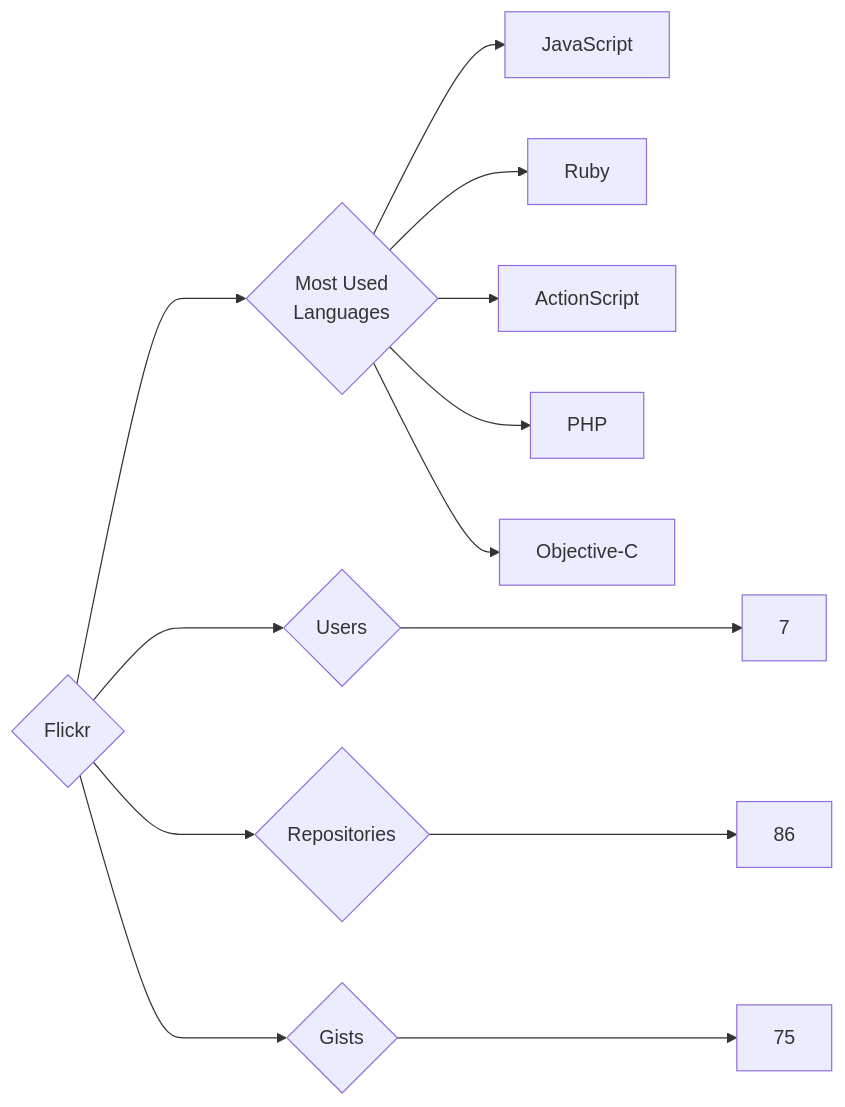
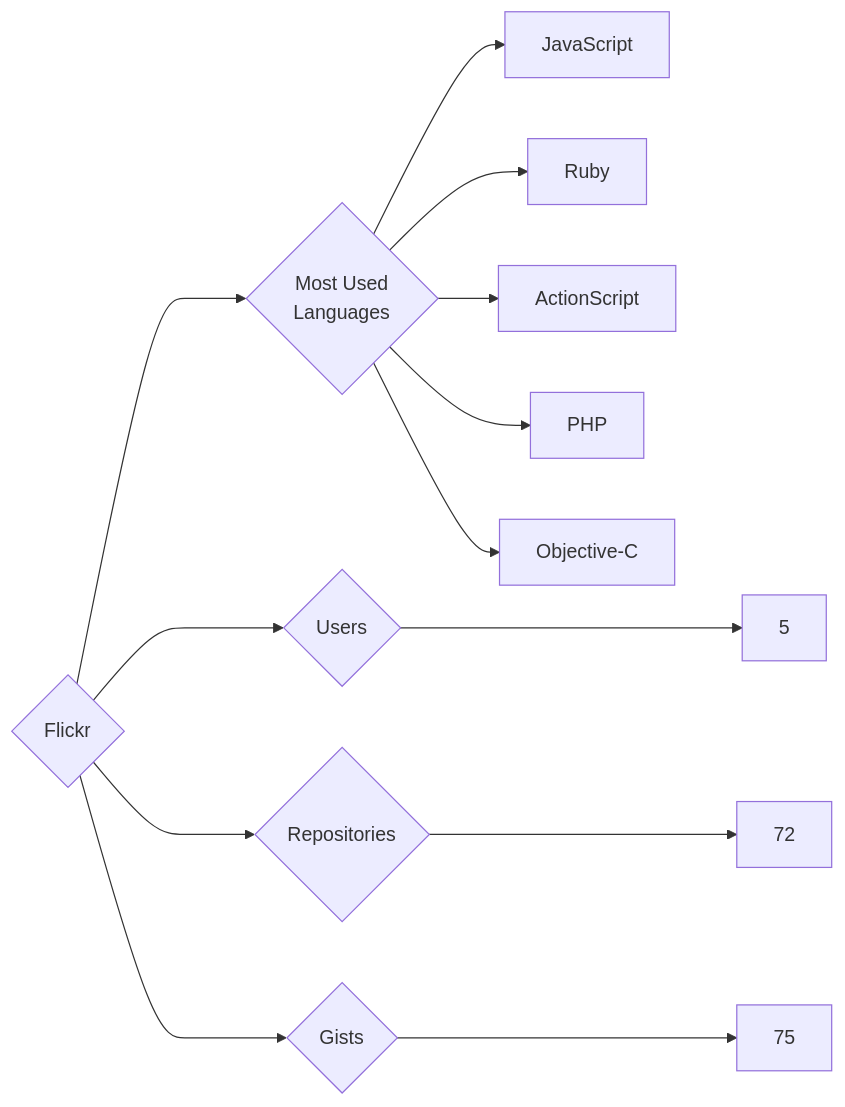
The diagram in targets/Flickr/README.md (trickest/insiders), drawn with Mermaid before and after one commit. The commit also changed 891 other files, not shown here.

````diff
--- a/targets/Flickr/README.md
+++ b/targets/Flickr/README.md
@@ -3,13 +3,13 @@
 ```mermaid
 graph LR
 COMPANY_NAME{Flickr}
-COMPANY_NAME ---> U{Users} ---> UN[7]
-COMPANY_NAME ---> R{Repositories} ---> RN[86]
+COMPANY_NAME ---> U{Users} ---> UN[5]
+COMPANY_NAME ---> R{Repositories} ---> RN[72]
 COMPANY_NAME ---> G{Gists} ---> GN[75]
 COMPANY_NAME ---> ML{Most Used<br>Languages}
 ML --> JavaScript[JavaScript]
 ML --> Ruby[Ruby]
 ML --> ActionScript[ActionScript]
 ML --> PHP[PHP]
 ML --> Objective-C[Objective-C]
 ```
````
